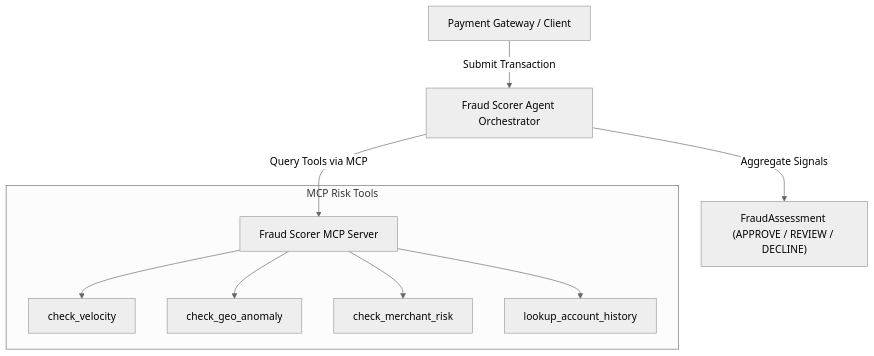
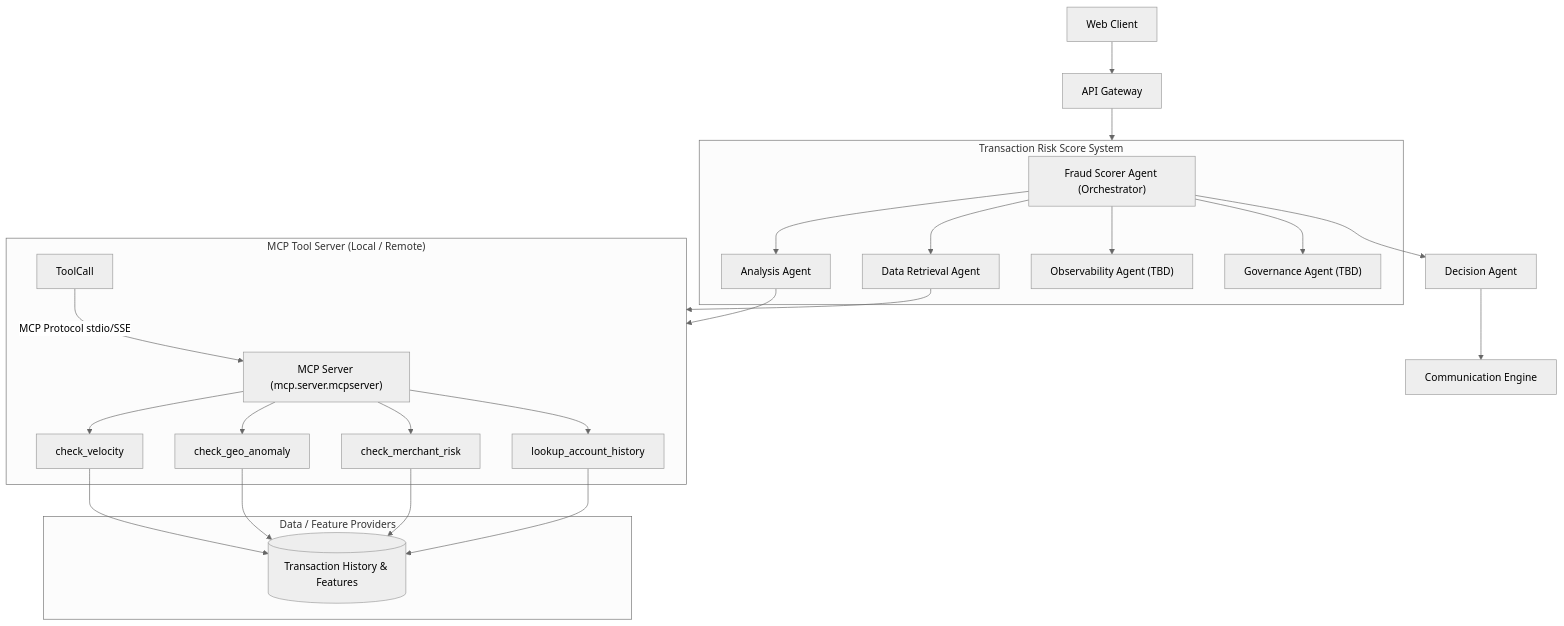
The diagram in README.md (daknamsubho/TransactionFraudScorerAgenticAI), drawn with Mermaid (neutral theme) before and after one commit. The commit also changed other lines of this file and 12 other files, not shown here.

Commit message:
Updated architecture and run in collab

````diff
--- a/README.md
+++ b/README.md
@@ -23,14 +24,36 @@
 ```mermaid
-graph TD
-    Client["Payment Gateway / Client"] -->|Submit Transaction| Agent["Fraud Scorer Agent Orchestrator"]
-    Agent -->|Query Tools via MCP| MCPServer["Fraud Scorer MCP Server"]
+flowchart TB
+ subgraph s1["Transaction Risk Score System"]
+        n4["Fraud Scorer Agent (Orchestrator)"]
+        n5["Analysis Agent"]
+        n6["Data Retrieval Agent"]
+        n7["Observability Agent (TBD)"]
+        n8["Governance Agent (TBD)"]
+  end
+ subgraph subGraph1["MCP Tool Server (Local / Remote)"]
+        MCPServer["MCP Server (mcp.server.mcpserver)"]
+        ToolCall["ToolCall"]
+        Tool1["check_velocity"]
+        Tool2["check_geo_anomaly"]
+        Tool3["check_merchant_risk"]
+        Tool4["lookup_account_history"]
+  end
+ subgraph subGraph2["Data / Feature Providers"]
+        MockDB[("Transaction History & Features")]
+  end
+    n1["Web Client"] --> n2["API Gateway"]
+    n2 --> s1
+    n4 --> n5 & n6 & n7 & n8 & n9["Decision Agent"]
+    ToolCall -- MCP Protocol stdio/SSE --> MCPServer
+    MCPServer --> Tool1 & Tool2 & Tool3 & Tool4
+    Tool1 --> MockDB
+    Tool2 --> MockDB
+    Tool3 --> MockDB
+    Tool4 --> MockDB
+    n5 --> subGraph1
+    n6 --> subGraph1
+    n9 --> n10["Communication Engine"]
 
-    subgraph "MCP Risk Tools"
-        MCPServer --> T1["check_velocity"]
-        MCPServer --> T2["check_geo_anomaly"]
-        MCPServer --> T3["check_merchant_risk"]
-        MCPServer --> T4["lookup_account_history"]
-    end
-
-    Agent -->|Aggregate Signals| Decision["FraudAssessment (APPROVE / REVIEW / DECLINE)"]
+    n1@{ shape: rect}
+    n9@{ shape: rect}
 ```
````
